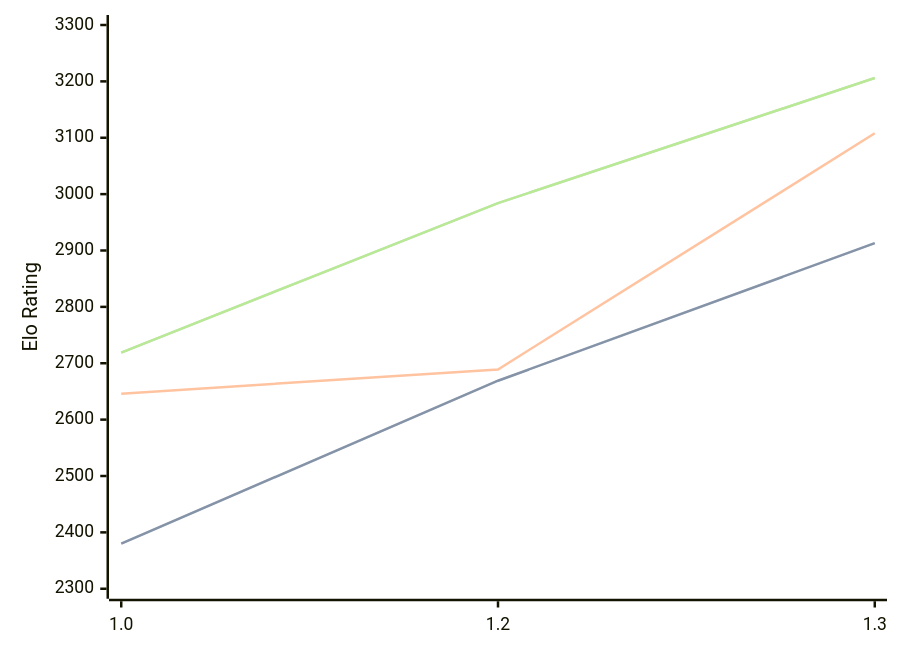
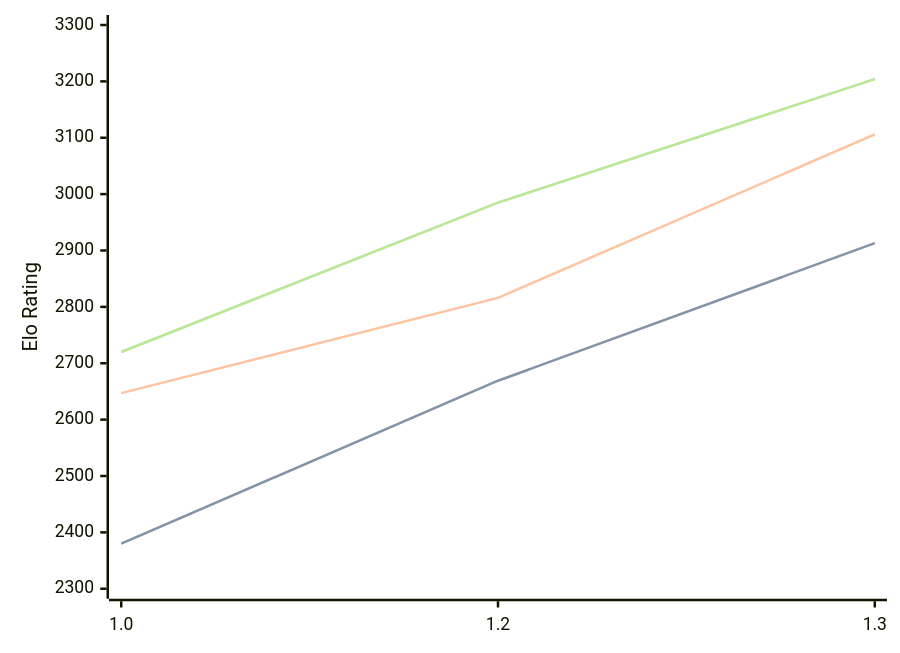
Before and after one commit to computer-chess-index/cci: the diagram in engines/Chessnix.md, drawn with Mermaid. The commit also changed other lines of this file, not shown here.

Commit message:
Update CCI Ratings (ELO VLTC) - 2026-02-18

````diff
--- a/engines/Chessnix.md
+++ b/engines/Chessnix.md
@@ -31,11 +31,11 @@
 ```mermaid
 %%{init: {"theme":"base","themeVariables":{"seriesColors:['#a3a3a3','#222221','#faa371']}}}%%
 xychart-beta
   x-axis ["1.0", "1.2", "1.3"]
   y-axis "Elo Rating" 2300 --> 3300
   line "STC (8.0+0.08s)" [2380, 2669, 2913]
   line "STC (8.0+0.08s)" [2380, 2669, 2913]
-  line "LTC (60.0+0.60s)" [2646, 2689, 3108]
-  line "VLTC (2m24s+1.12s)" [2719, 2984, 3206]
-  line "VLTC (2m24s+1.12s)" [2719, 2984, 3206]
+  line "LTC (60.0+0.60s)" [2647, 2816, 3106]
+  line "VLTC (2m24s+1.12s)" [2720, 2985, 3204]
+  line "VLTC (2m24s+1.12s)" [2720, 2985, 3204]
 ```
````
